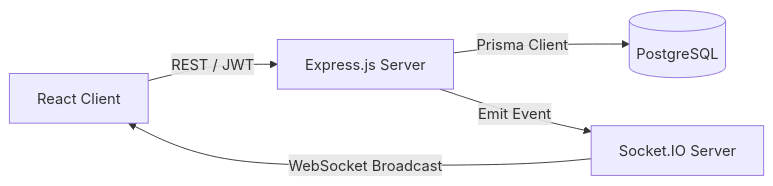
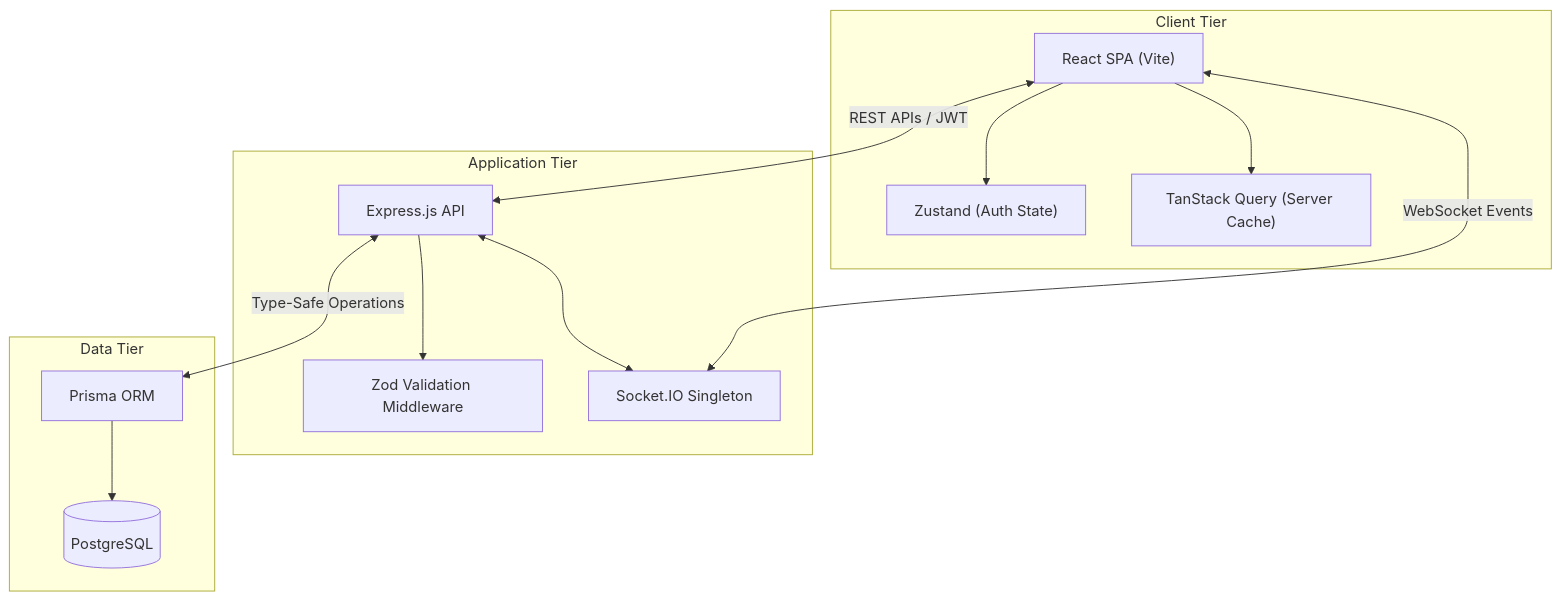
One commit to Ayush-o1/BlackWater changed the first of 2 diagrams in README.md. Above: the diagram before and after it, drawn with Mermaid. The commit also changed other lines of this file and 56 other files, not shown here.

````diff
--- a/README.md
+++ b/README.md
@@ -27,7 +55,28 @@
 ```mermaid
-flowchart LR
-    ReactFrontend[React Client] -->|REST / JWT| ExpressAPI[Express.js Server]
-    ExpressAPI -->|Prisma Client| PostgreSQL[(PostgreSQL)]
-    ExpressAPI -->|Emit Event| SocketIO[Socket.IO Server]
-    SocketIO -->|WebSocket Broadcast| ReactFrontend
+flowchart TB
+    subgraph Frontend [Client Tier]
+        ReactClient["React SPA (Vite)"]
+        Zustand["Zustand (Auth State)"]
+        ReactQuery["TanStack Query (Server Cache)"]
+        ReactClient --> Zustand
+        ReactClient --> ReactQuery
+    end
+
+    subgraph API [Application Tier]
+        Express["Express.js API"]
+        Zod["Zod Validation Middleware"]
+        SocketIO["Socket.IO Singleton"]
+        Express --> Zod
+        Express <--> SocketIO
+    end
+
+    subgraph Database [Data Tier]
+        Prisma["Prisma ORM"]
+        Postgres[(PostgreSQL)]
+        Prisma --> Postgres
+    end
+
+    ReactClient <-->|REST APIs / JWT| Express
+    ReactClient <-->|WebSocket Events| SocketIO
+    Express <-->|Type-Safe Operations| Prisma
 ```
````
